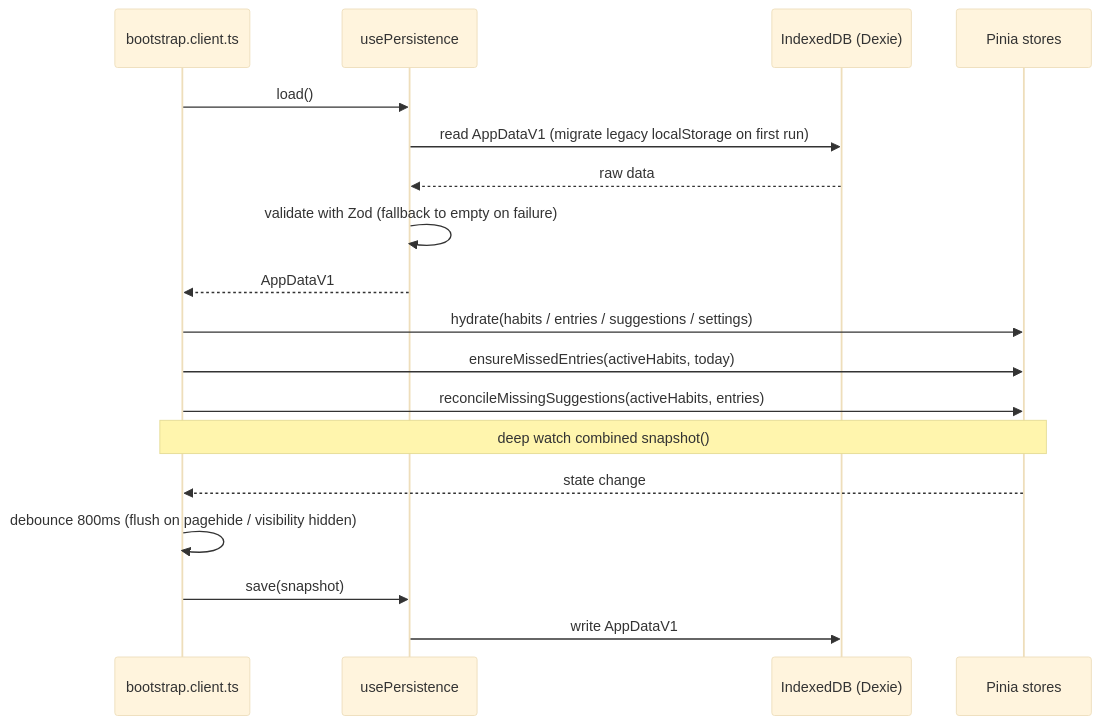
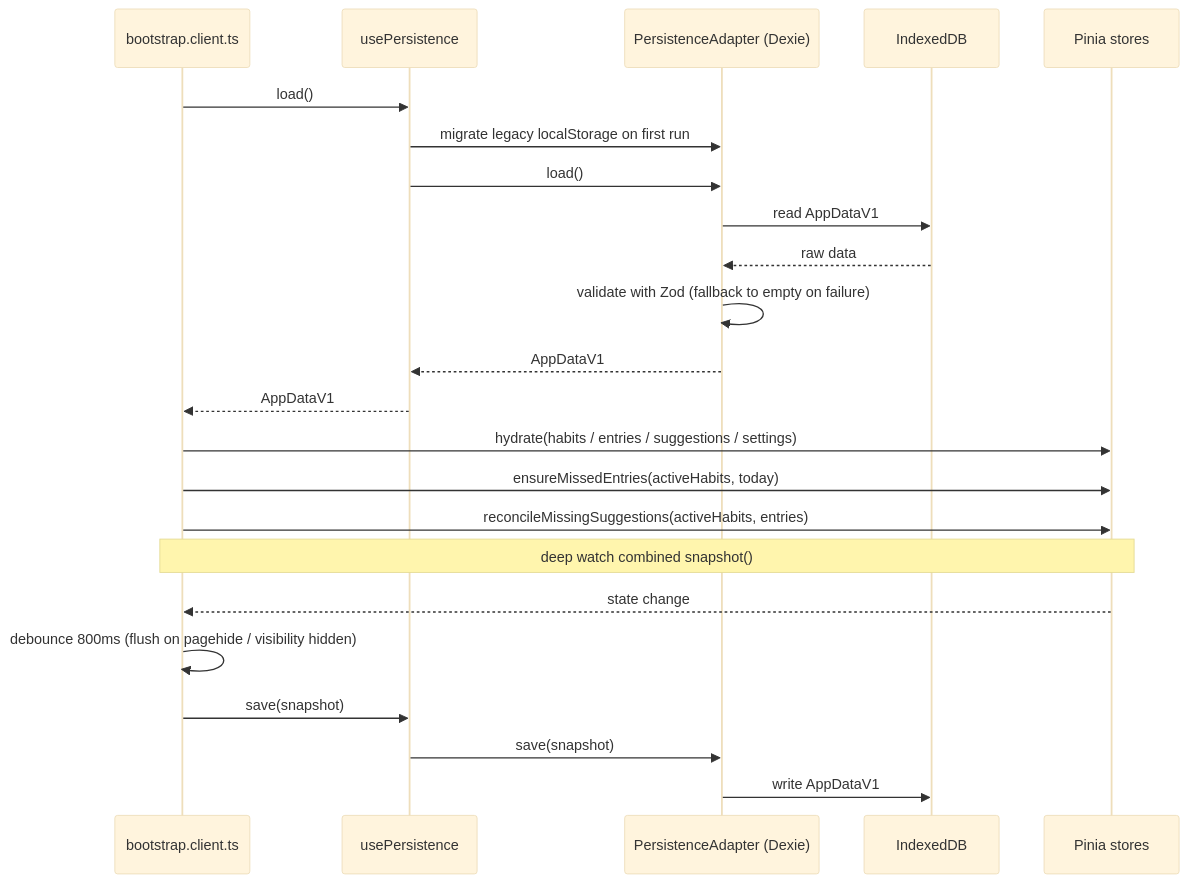
The second of 3 diagrams in docs/architecture.md (dinooo13/habit-tracker), drawn with Mermaid (base theme) before and after one commit. The commit also changed other lines of this file and 14 other files, not shown here.

First line of the commit message:
Abstract persistence behind a PersistenceAdapter interface

````diff
--- a/docs/architecture.md
+++ b/docs/architecture.md
@@ -55,21 +60,26 @@
 ```mermaid
 sequenceDiagram
   participant Boot as bootstrap.client.ts
   participant P as usePersistence
-  participant DB as IndexedDB (Dexie)
+  participant A as PersistenceAdapter (Dexie)
+  participant DB as IndexedDB
   participant S as Pinia stores
 
   Boot->>P: load()
-  P->>DB: read AppDataV1 (migrate legacy localStorage on first run)
-  DB-->>P: raw data
-  P->>P: validate with Zod (fallback to empty on failure)
+  P->>A: migrate legacy localStorage on first run
+  P->>A: load()
+  A->>DB: read AppDataV1
+  DB-->>A: raw data
+  A->>A: validate with Zod (fallback to empty on failure)
+  A-->>P: AppDataV1
   P-->>Boot: AppDataV1
   Boot->>S: hydrate(habits / entries / suggestions / settings)
   Boot->>S: ensureMissedEntries(activeHabits, today)
   Boot->>S: reconcileMissingSuggestions(activeHabits, entries)
   Note over Boot,S: deep watch combined snapshot()
   S-->>Boot: state change
   Boot->>Boot: debounce 800ms (flush on pagehide / visibility hidden)
   Boot->>P: save(snapshot)
-  P->>DB: write AppDataV1
+  P->>A: save(snapshot)
+  A->>DB: write AppDataV1
 ```
````
